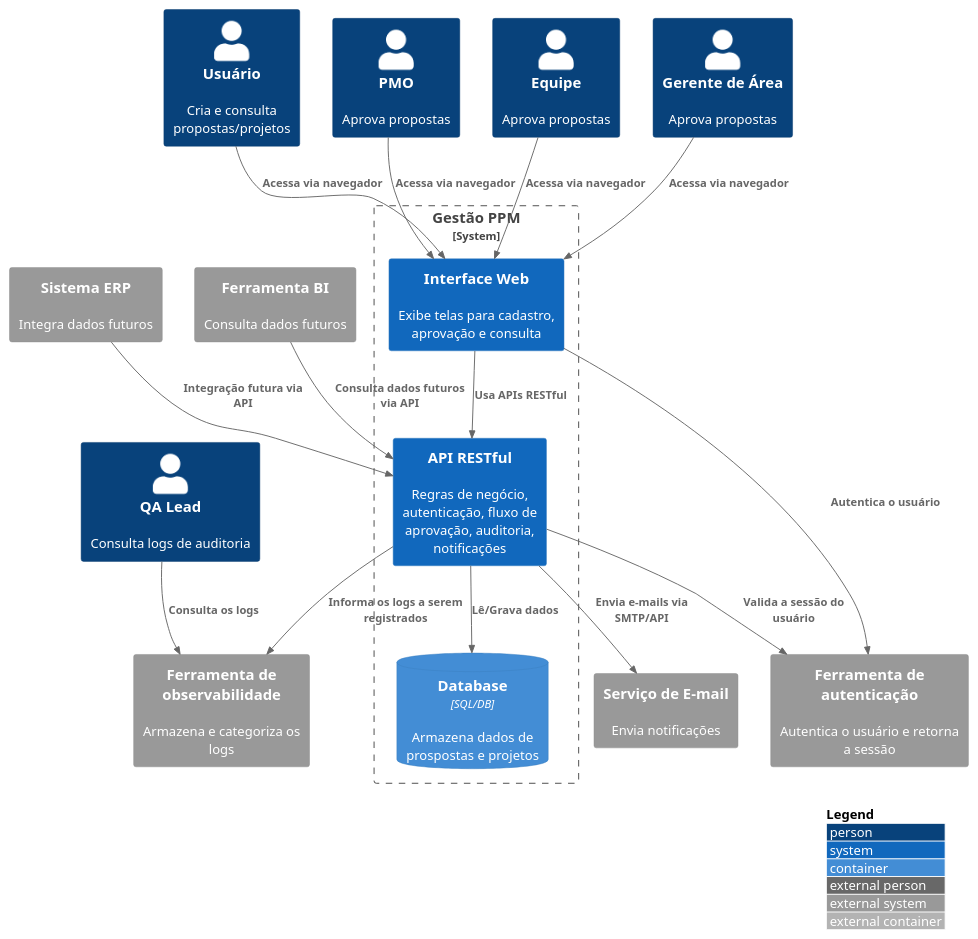
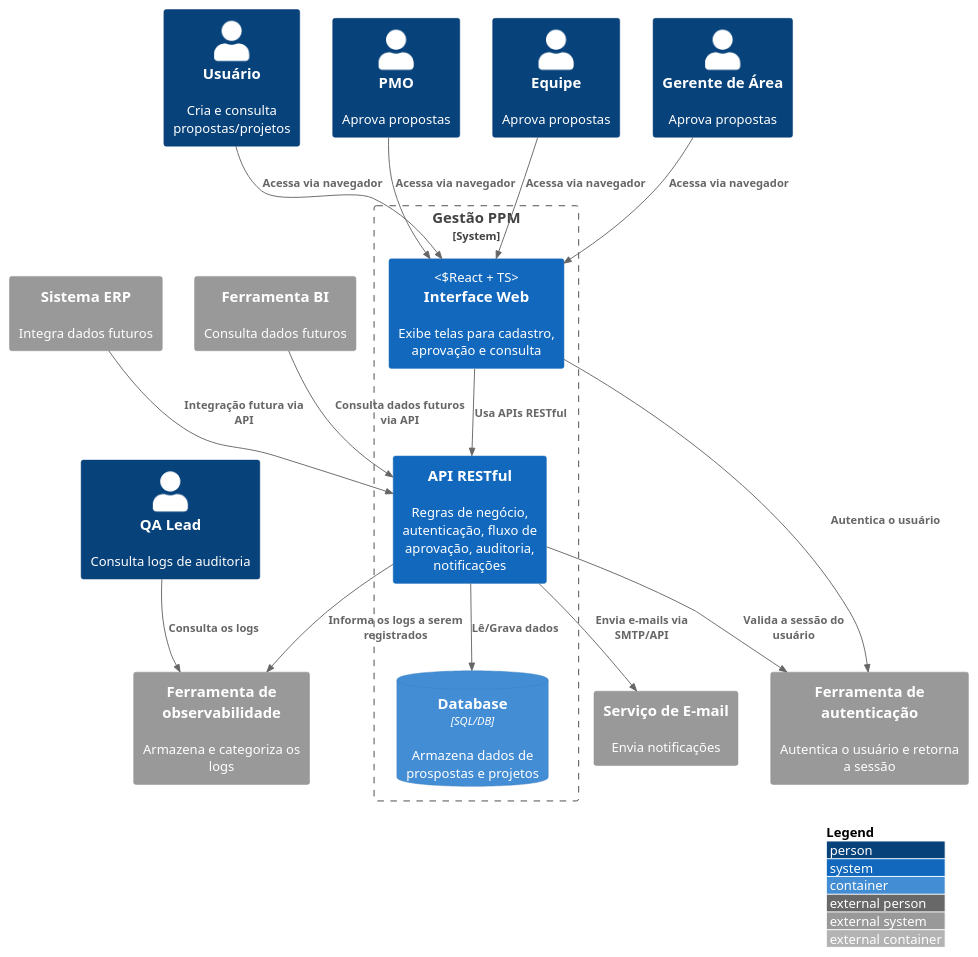
The diagram in docs/02_Arquitetura/Diagramas/C4-2-Diagrama-de-Containers-v1.0.puml (Hiago75/ppm-lab-project), drawn with PlantUML before and after one commit. The commit also changed 3 other files, not shown here.

Commit message:
add IAM architecture decision record

```diff
--- a/docs/02_Arquitetura/Diagramas/C4-2-Diagrama-de-Containers-v1.0.puml
+++ b/docs/02_Arquitetura/Diagramas/C4-2-Diagrama-de-Containers-v1.0.puml
@@ -1,38 +1,38 @@
 @startuml C4-2-Diagrama-de-containers
 !include https://raw.githubusercontent.com/plantuml-stdlib/C4-PlantUML/master/C4_Container.puml
 
 Person(User, "Usuário", "Cria e consulta propostas/projetos")
 Person(PMO, "PMO", "Aprova propostas")
 Person(Team, "Equipe", "Aprova propostas")
 Person(Manager, "Gerente de Área", "Aprova propostas")
 Person(QA, "QA Lead", "Consulta logs de auditoria")
 
 System_Boundary(s1, "Gestão PPM") {
-  System(FrontEnd, "Interface Web", "Exibe telas para cadastro, aprovação e consulta")
+  System(FrontEnd, "Interface Web", "Exibe telas para cadastro, aprovação e consulta", "React + TS")
   System(BackEnd, "API RESTful", "Regras de negócio, autenticação, fluxo de aprovação, auditoria, notificações")
   ContainerDb(Database, "Database", "SQL/DB", "Armazena dados de prospostas e projetos")
 }
 
 System_Ext(Email, "Serviço de E-mail", "Envia notificações")
 System_Ext(ERP, "Sistema ERP", "Integra dados futuros")
 System_Ext(BI, "Ferramenta BI", "Consulta dados futuros")
 System_Ext(Monitoring, "Ferramenta de observabilidade", "Armazena e categoriza os logs")
 System_Ext(Auth, "Ferramenta de autenticação", "Autentica o usuário e retorna a sessão")
 
 Rel(User, FrontEnd, "Acessa via navegador", "")
 Rel(PMO, FrontEnd, "Acessa via navegador", "")
 Rel(Team, FrontEnd, "Acessa via navegador", "")
 Rel(Manager, FrontEnd, "Acessa via navegador", "")
 Rel(QA, Monitoring, "Consulta os logs", "")
 
 Rel(FrontEnd, Auth, "Autentica o usuário")
 Rel(BackEnd, Auth, "Valida a sessão do usuário")
 Rel(FrontEnd, BackEnd, "Usa APIs RESTful")
 Rel(BackEnd, Database, "Lê/Grava dados")
 Rel(BackEnd, Email, "Envia e-mails via SMTP/API")
 Rel(ERP, BackEnd, "Integração futura via API")
 Rel(BI, BackEnd, "Consulta dados futuros via API")
 Rel(BackEnd, Monitoring, "Informa os logs a serem registrados")
 
 LAYOUT_WITH_LEGEND()
 @enduml
```
